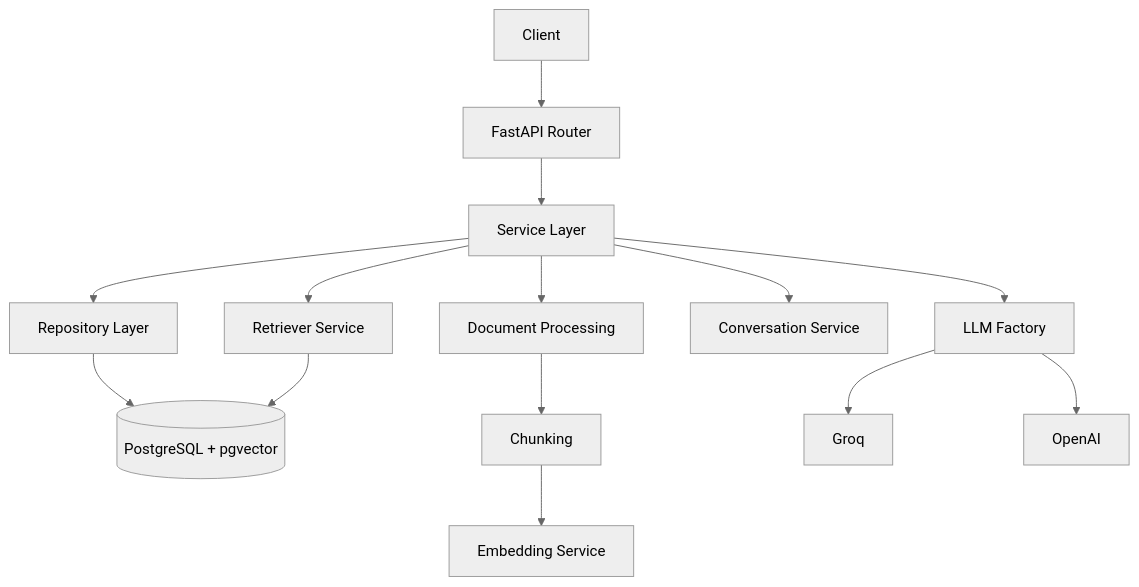
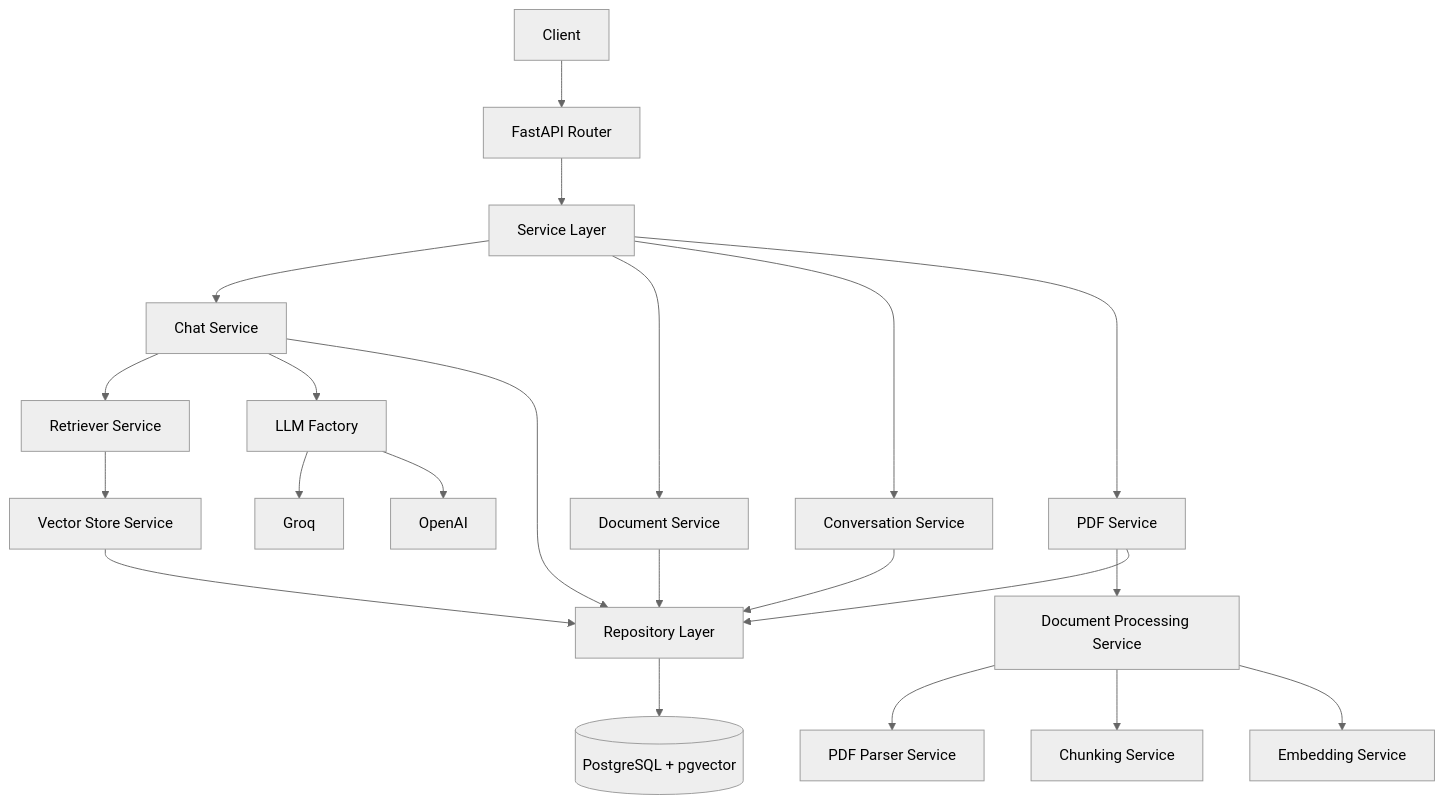
One commit to Abdo54173/smart-pdf-research-assistant changed the diagram in README.md. Above: the diagram before and after it, drawn with Mermaid (neutral theme). The commit also changed other lines of this file, not shown here.

Commit message:
Improve Layered Architecture section in README
Clarified the description of the Layered Architecture and detailed responsibilities for each layer, enhancing the overall explanation of the system's structure.

````diff
--- a/README.md
+++ b/README.md
@@ -48,31 +48,37 @@
 ```mermaid
 graph TD
 
-A[Client]
+    A[Client] --> B[FastAPI Router]
 
-A --> B[FastAPI Router]
+    B --> C[Service Layer]
 
-B --> C[Service Layer]
+    %% Business Services
+    C --> D[Chat Service]
+    C --> E[Document Service]
+    C --> F[Conversation Service]
+    C --> G[PDF Service]
 
-C --> D[Repository Layer]
+    %% Document Processing Pipeline
+    G --> H[Document Processing Service]
+    H --> I[PDF Parser Service]
+    H --> J[Chunking Service]
+    H --> K[Embedding Service]
 
-D --> E[(PostgreSQL + pgvector)]
+    %% Retrieval Pipeline
+    D --> L[Retriever Service]
+    L --> M[Vector Store Service]
 
-C --> F[Document Processing]
+    %% LLM Abstraction
+    D --> N[LLM Factory]
+    N --> O[Groq]
+    N --> P[OpenAI]
 
-F --> G[Chunking]
+    %% Persistence
+    D --> Q[Repository Layer]
+    E --> Q
+    F --> Q
+    G --> Q
+    M --> Q
 
-G --> H[Embedding Service]
-
-C --> I[Retriever Service]
-
-I --> E
-
-C --> J[Conversation Service]
-
-C --> K[LLM Factory]
-
-K --> L[Groq]
-
-K --> M[OpenAI]
+    Q --> R[(PostgreSQL + pgvector)]
 ```
````
